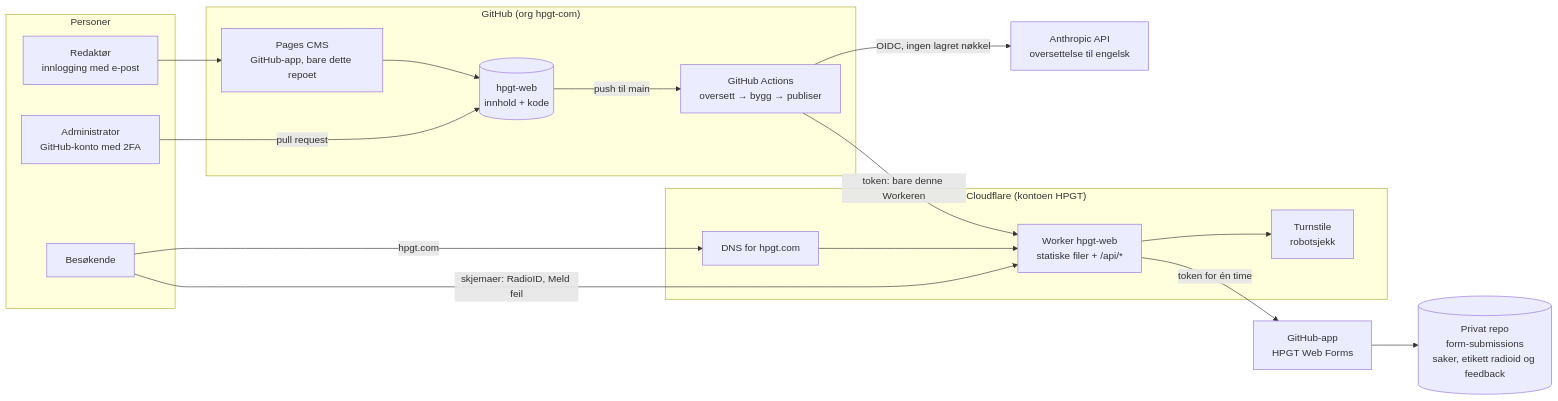
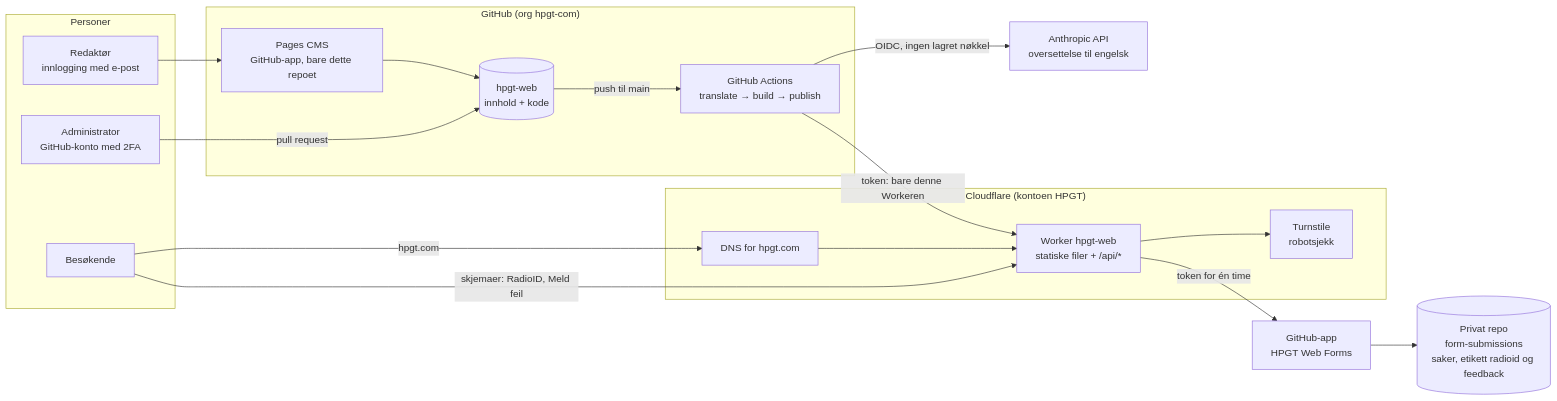
One commit to hpgt-com/hpgt-web changed the first of 3 diagrams in docs/architecture.md. Above: the diagram before and after it, drawn with Mermaid. The commit also changed other lines of this file and 7 other files, not shown here.

````diff
--- a/docs/architecture.md
+++ b/docs/architecture.md
@@ -20,35 +20,35 @@
 ```mermaid
 flowchart LR
   subgraph People["Personer"]
     R[Redaktør<br/>innlogging med e-post]
     A[Administrator<br/>GitHub-konto med 2FA]
     B[Besøkende]
   end
 
   subgraph GitHub["GitHub (org hpgt-com)"]
     CMS[Pages CMS<br/>GitHub-app, bare dette repoet]
     REPO[(hpgt-web<br/>innhold + kode)]
-    ACT[GitHub Actions<br/>oversett → bygg → publiser]
+    ACT[GitHub Actions<br/>translate → build → publish]
   end
 
   ISS[(Privat repo<br/>form-submissions<br/>saker, etikett radioid og feedback)]
 
   subgraph Cloudflare["Cloudflare (kontoen HPGT)"]
     W[Worker hpgt-web<br/>statiske filer + /api/*]
     TS[Turnstile<br/>robotsjekk]
     DNS[DNS for hpgt.com]
   end
 
   AN[Anthropic API<br/>oversettelse til engelsk]
   APP[GitHub-app<br/>HPGT Web Forms]
 
   R --> CMS --> REPO
   A -- pull request --> REPO
   REPO -- push til main --> ACT
   ACT -- OIDC, ingen lagret nøkkel --> AN
   ACT -- token: bare denne Workeren --> W
   B -- hpgt.com --> DNS --> W
   B -- skjemaer: RadioID, Meld feil --> W
   W --> TS
   W -- token for én time --> APP --> ISS
 ```
````
